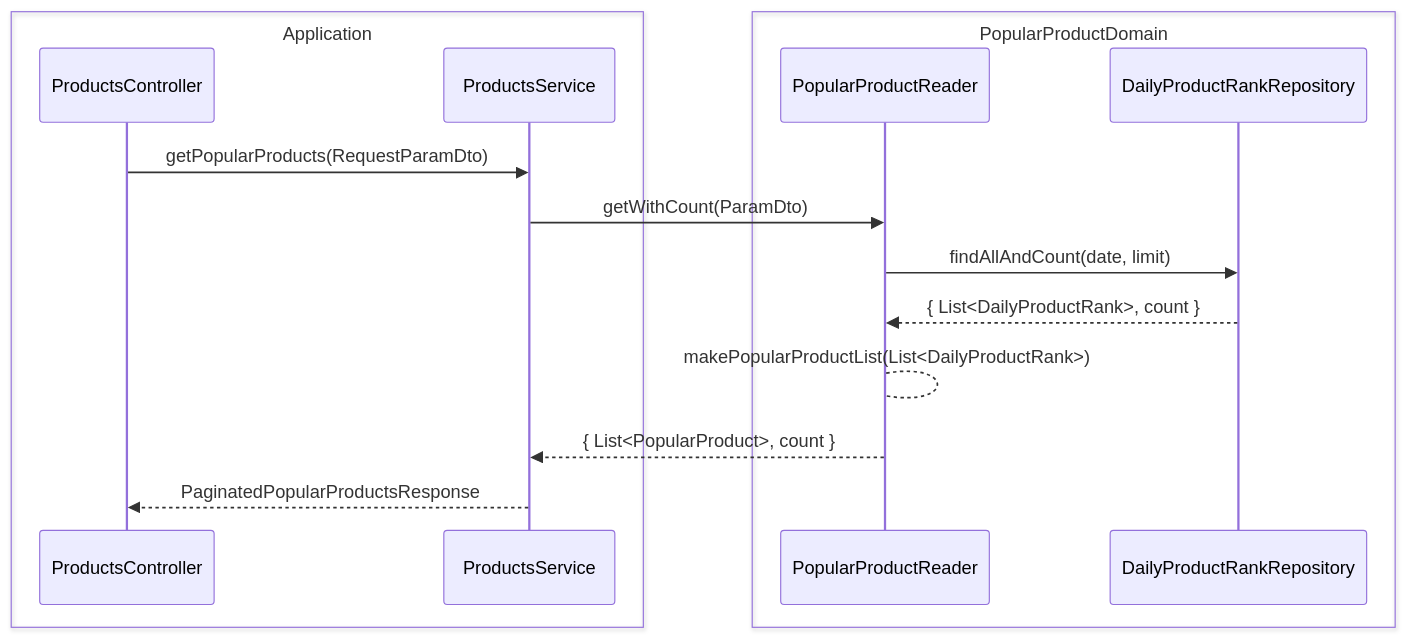
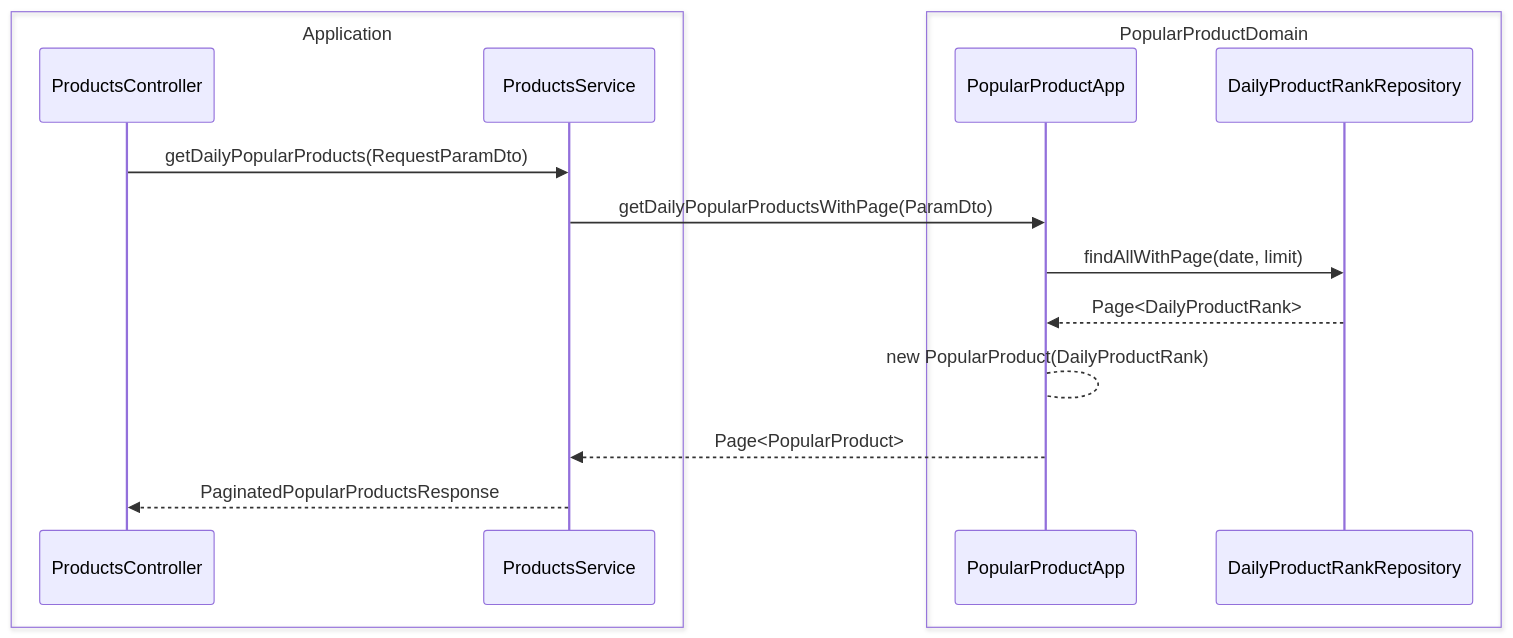
One commit to newbieJanghan/hh_plus_server changed the fourth of 4 diagrams in docs/api/products.md. Above: the diagram before and after it, drawn with Mermaid. The commit also changed other lines of this file, not shown here.

Commit message:
Docs: Product API / 메서드 네이밍 변경

````diff
--- a/docs/api/products.md
+++ b/docs/api/products.md
@@ -160,20 +155,20 @@
 ```mermaid
 sequenceDiagram
     box Application
         participant ProductsController
         participant ProductsService
     end
     box PopularProductDomain
-        participant PopularProductReader
+        participant PopularProductApp
         participant DailyProductRankRepository
     end
 
-    ProductsController ->> ProductsService: getPopularProducts(RequestParamDto)
-    ProductsService ->> PopularProductReader: getWithCount(ParamDto)
+    ProductsController ->> ProductsService: getDailyPopularProducts(RequestParamDto)
+    ProductsService ->> PopularProductApp: getDailyPopularProductsWithPage(ParamDto)
 #
-    PopularProductReader ->> DailyProductRankRepository: findAllAndCount(date, limit)
-    DailyProductRankRepository -->> PopularProductReader: { List<DailyProductRank>, count }
-    PopularProductReader --> PopularProductReader: makePopularProductList(List<DailyProductRank>)
-    PopularProductReader -->> ProductsService: { List<PopularProduct>, count }
+    PopularProductApp ->> DailyProductRankRepository: findAllWithPage(date, limit)
+    DailyProductRankRepository -->> PopularProductApp: Page<DailyProductRank>
+    PopularProductApp --> PopularProductApp: new PopularProduct(DailyProductRank)
+    PopularProductApp -->> ProductsService: Page<PopularProduct>
     ProductsService -->> ProductsController: PaginatedPopularProductsResponse
 ```
````
